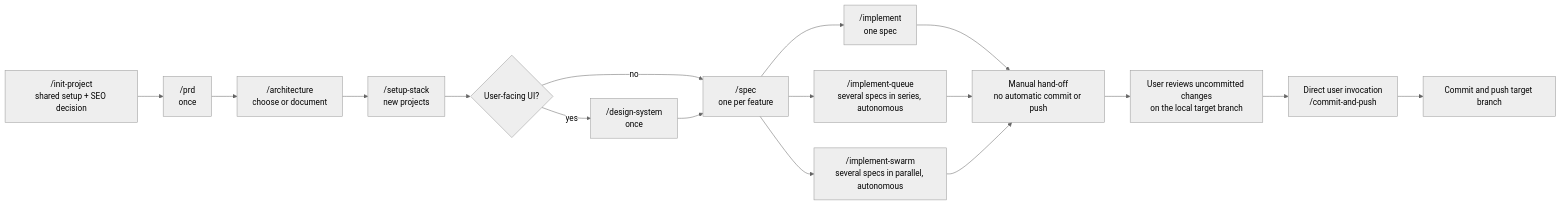
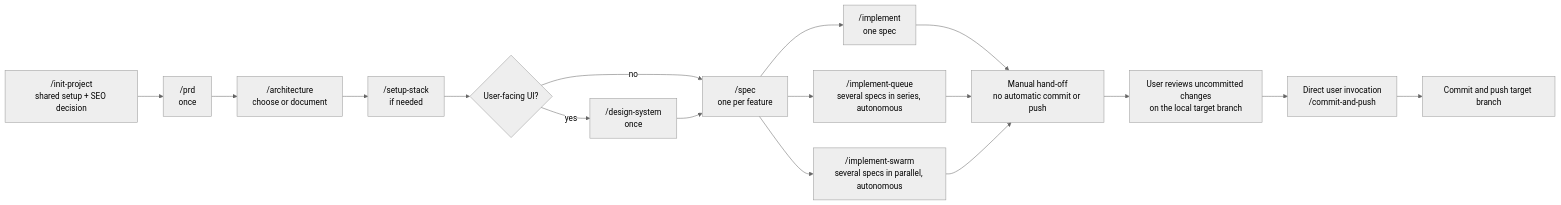
Before and after one commit to the-blue-coder/agentic-starter: the first of 6 diagrams in README.md, drawn with Mermaid (neutral theme). The commit also changed other lines of this file, not shown here.

Commit message:
say setup-stack applies if needed instead of new projects only

````diff
--- a/README.md
+++ b/README.md
@@ -13,19 +13,19 @@
 ```mermaid
 flowchart LR
   init["/init-project<br/>shared setup + SEO decision"] --> prd["/prd<br/>once"]
   prd --> arch["/architecture<br/>choose or document"]
-  arch --> setup["/setup-stack<br/>new projects"]
+  arch --> setup["/setup-stack<br/>if needed"]
   setup --> ui{"User-facing UI?"}
   ui -- no --> spec["/spec<br/>one per feature"]
   ui -- yes --> design["/design-system<br/>once"]
   design --> spec
   spec --> implement["/implement<br/>one spec"]
   spec --> queue["/implement-queue<br/>several specs in series, autonomous"]
   spec --> parallel["/implement-swarm<br/>several specs in parallel, autonomous"]
   implement --> handoff["Manual hand-off<br/>no automatic commit or push"]
   queue --> handoff
   parallel --> handoff
   handoff --> review["User reviews uncommitted changes<br/>on the local target branch"]
   review --> ship["Direct user invocation<br/>/commit-and-push"]
   ship --> push["Commit and push target branch"]
 ```
````
